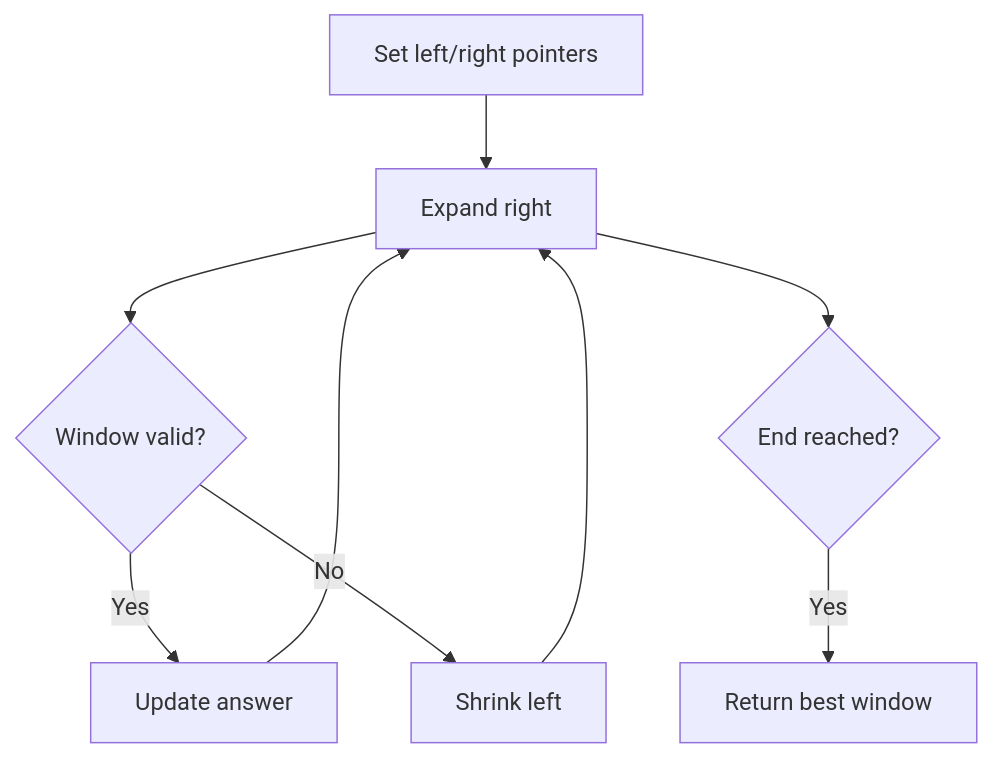
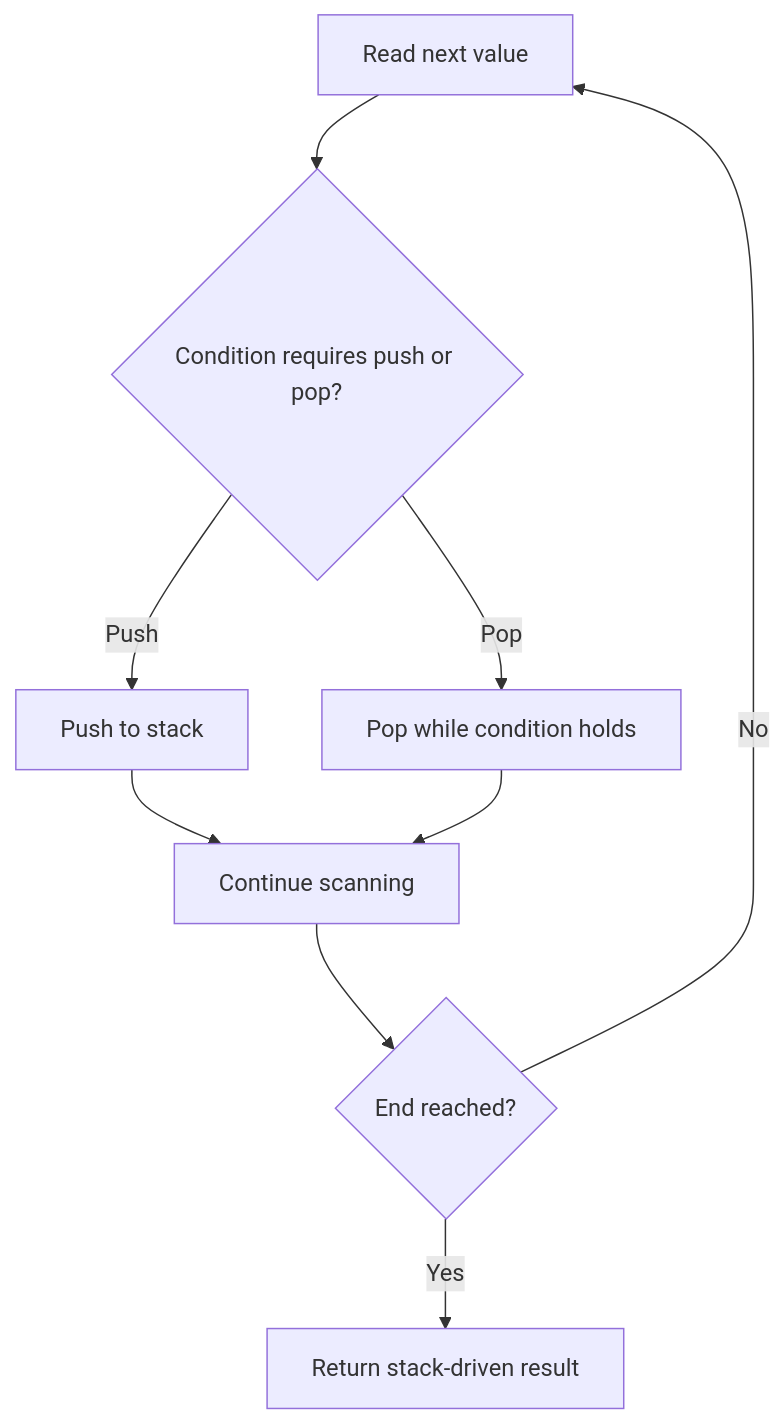
One commit to keshav-poojary/Leetcode changed the diagram in NeetCode-Submissions/03.sliding-window/06.sliding-window-max/readme.md. Above: the diagram before and after it, drawn with Mermaid. The commit also changed 105 other files, not shown here.

Commit message:
Add NeetCode README docs with mermaid diagrams

````diff
--- a/NeetCode-Submissions/03.sliding-window/06.sliding-window-max/readme.md
+++ b/NeetCode-Submissions/03.sliding-window/06.sliding-window-max/readme.md
@@ -34,11 +34,11 @@
 ```mermaid
 flowchart TD
-    A[Set left/right pointers] --> B[Expand right]
-    B --> C{Window valid?}
-    C -- Yes --> D[Update answer]
-    C -- No --> E[Shrink left]
-    D --> B
-    E --> B
-    B --> F{End reached?}
-    F -- Yes --> G[Return best window]
+    A[Read next value] --> B{Condition requires push or pop?}
+    B -- Push --> C[Push to stack]
+    B -- Pop --> D[Pop while condition holds]
+    C --> E[Continue scanning]
+    D --> E
+    E --> F{End reached?}
+    F -- No --> A
+    F -- Yes --> G[Return stack-driven result]
 ```
````
